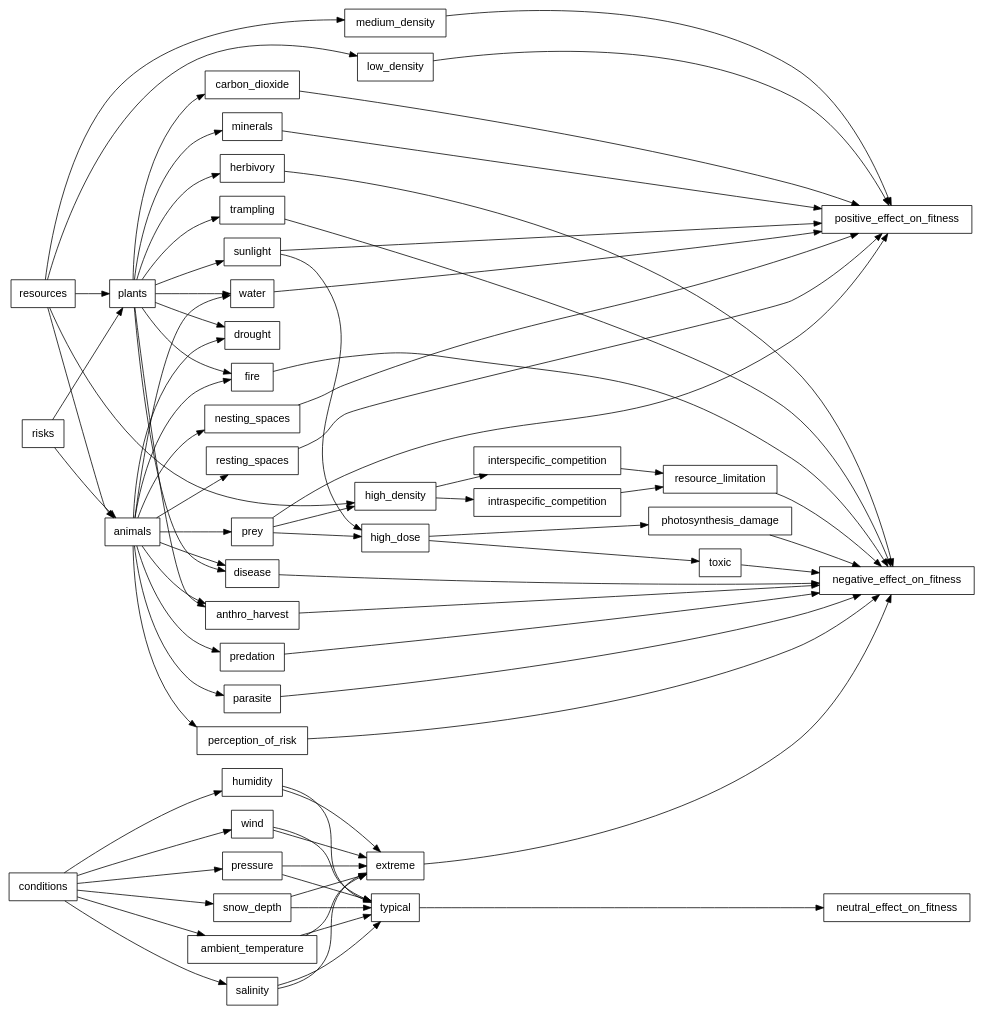
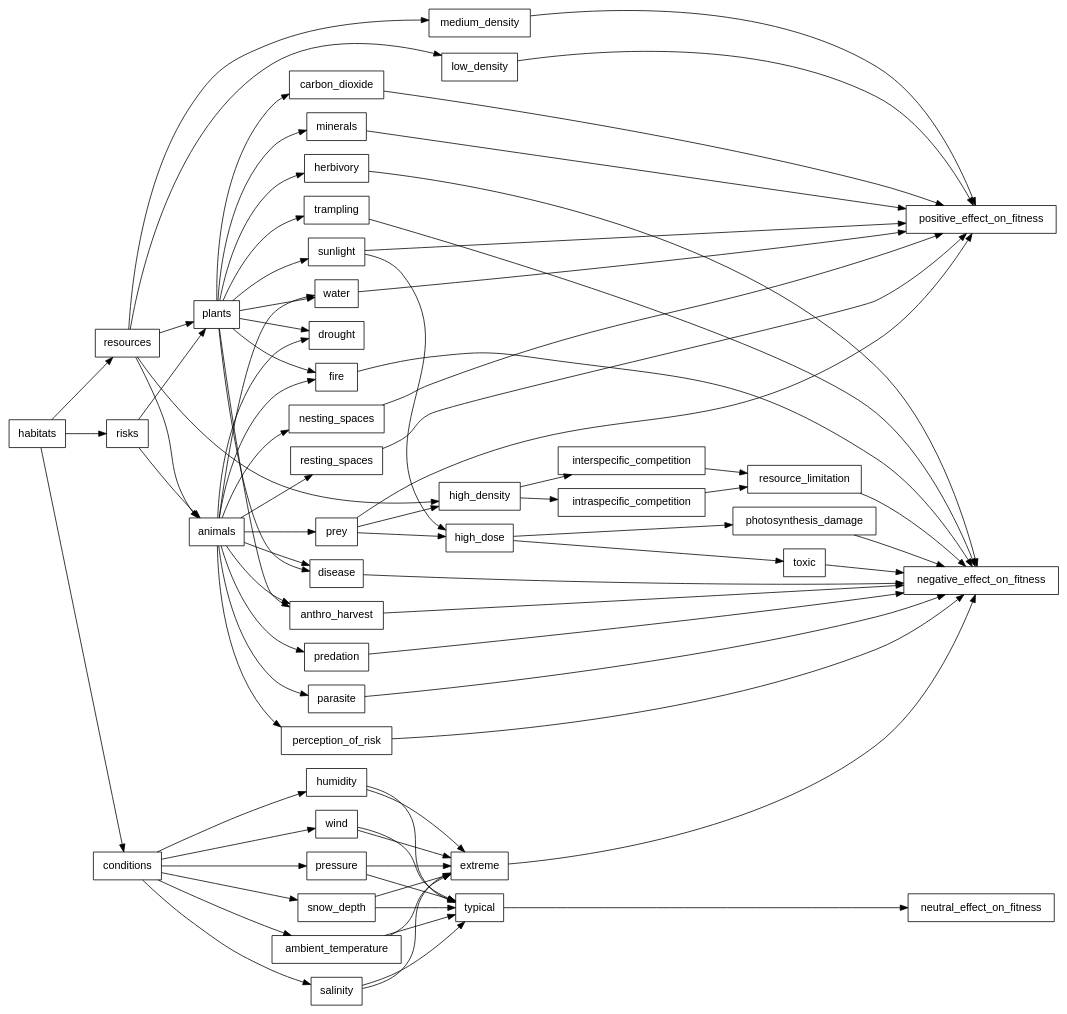
Before and after one commit to robitalec/comprehensive-exam: the diagram in gv/resources-risks-conditions.gv, drawn with Graphviz.

Commit message:
add habitats

```diff
--- a/gv/resources-risks-conditions.gv
+++ b/gv/resources-risks-conditions.gv
@@ -1,82 +1,84 @@
 digraph resources_risks_conditions {
 	rankdir = LR
   graph [fontsize = 12]
 
 	node [shape = box, fontname = Helvetica]
+
+		habitats -> {resources, risks, conditions}
 
 		{rank=same
 	    resources
 	    risks
 	    conditions
 		}
 
 		{rank=same
 		  animals
 		  plants
 		}
 
 		{rank=same
 			positive_effect_on_fitness
 			negative_effect_on_fitness
 			neutral_effect_on_fitness
 		}
 
 		{rank=same
 			sunlight
 			carbon_dioxide
 			water
 			minerals
 			prey
 			water
 			nesting_spaces
 			resting_spaces
 		}
 
 		{rank=same
 			high_density
 			low_density
 			medium_density
 			high_dose
 			typical
 			extreme
 		}
 
 		{rank=same
 			herbivory
 			trampling
 			anthro_harvest
 			fire
 			disease
 			drought
 			predation
 			perception_of_risk
 			parasite
 			disease
 		}
 
     resources -> plants -> {sunlight carbon_dioxide water minerals}
     resources -> animals -> {prey water nesting_spaces resting_spaces}
 
     risks -> plants -> {herbivory trampling anthro_harvest fire disease drought}
     risks -> animals -> {predation perception_of_risk parasite disease anthro_harvest fire drought}
 
     conditions -> {ambient_temperature salinity humidity wind pressure snow_depth} -> {extreme typical}
 
     prey -> high_dose -> toxic
     sunlight -> high_dose -> photosynthesis_damage
 
     prey -> high_density -> {interspecific_competition intraspecific_competition}
   	{interspecific_competition intraspecific_competition} -> resource_limitation
 
     resources -> {low_density medium_density high_density}
 
     extreme -> negative_effect_on_fitness
     typical -> neutral_effect_on_fitness
 
     {toxic photosynthesis_damage} -> negative_effect_on_fitness
     {herbivory trampling anthro_harvest fire disease parasite perception_of_risk predation resource_limitation} -> negative_effect_on_fitness
 
 		{medium_density low_density, resting_spaces nesting_spaces prey} -> positive_effect_on_fitness
 		{carbon_dioxide minerals water sunlight} -> positive_effect_on_fitness
 
 }
```
